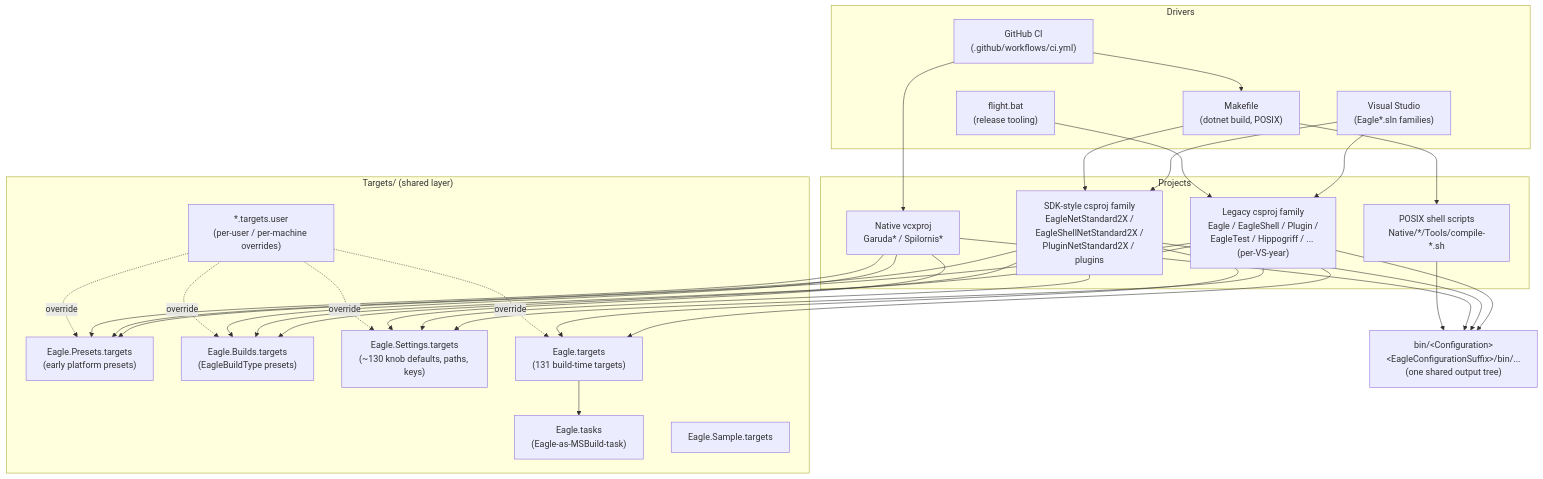
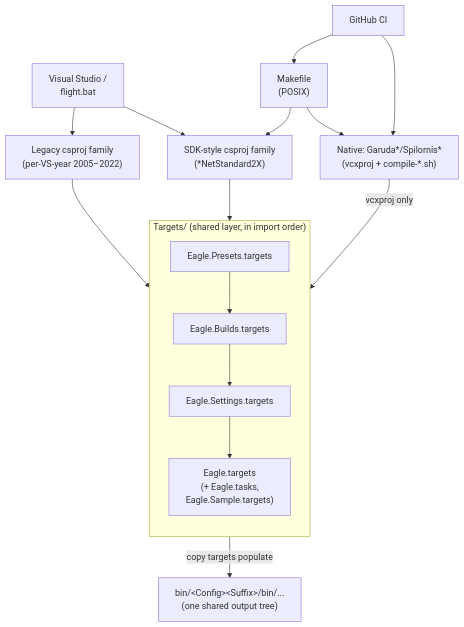
One commit to mistachkin/docs changed the first of 6 diagrams in msbuild.md. Above: the diagram before and after it, drawn with Mermaid. The commit also changed other lines of this file, not shown here.

Commit message:
Fixes to MSBuild information.

````diff
--- a/msbuild.md
+++ b/msbuild.md
@@ -37,45 +37,28 @@
 ```mermaid
 flowchart TD
-    subgraph Drivers
-        VS["Visual Studio<br/>(Eagle*.sln families)"]
-        MK["Makefile<br/>(dotnet build, POSIX)"]
-        CI["GitHub CI<br/>(.github/workflows/ci.yml)"]
-        FB["flight.bat<br/>(release tooling)"]
+    VS["Visual Studio /<br/>flight.bat"]
+    MK["Makefile<br/>(POSIX)"]
+    CI["GitHub CI"]
+
+    LEG["Legacy csproj family<br/>(per-VS-year 2005–2022)"]
+    SDK["SDK-style csproj family<br/>(*NetStandard2X)"]
+    NAT["Native: Garuda*/Spilornis*<br/>(vcxproj + compile-*.sh)"]
+
+    subgraph ST["Targets/ (shared layer, in import order)"]
+        direction TB
+        PRE["Eagle.Presets.targets"] --> BLD["Eagle.Builds.targets"]
+        BLD --> SET["Eagle.Settings.targets"]
+        SET --> TGT["Eagle.targets<br/>(+ Eagle.tasks,<br/>Eagle.Sample.targets)"]
     end
 
-    subgraph Projects
-        LEG["Legacy csproj family<br/>Eagle / EagleShell / Plugin /<br/>EagleTest / Hippogriff / ... (per-VS-year)"]
-        SDK["SDK-style csproj family<br/>EagleNetStandard2X /<br/>EagleShellNetStandard2X /<br/>PluginNetStandard2X / plugins"]
-        NAT["Native vcxproj<br/>Garuda* / Spilornis*"]
-        SH["POSIX shell scripts<br/>Native/*/Tools/compile-*.sh"]
-    end
+    OUT["bin/&lt;Config&gt;&lt;Suffix&gt;/bin/...<br/>(one shared output tree)"]
 
-    subgraph SharedTargets["Targets/ (shared layer)"]
-        PRE["Eagle.Presets.targets<br/>(early platform presets)"]
-        BLD["Eagle.Builds.targets<br/>(EagleBuildType presets)"]
-        SET["Eagle.Settings.targets<br/>(~130 knob defaults, paths, keys)"]
-        TGT["Eagle.targets<br/>(131 build-time targets)"]
-        TSK["Eagle.tasks<br/>(Eagle-as-MSBuild-task)"]
-        SMP["Eagle.Sample.targets"]
-        USR["*.targets.user<br/>(per-user / per-machine overrides)"]
-    end
-
-    OUT["bin/&lt;Configuration&gt;&lt;EagleConfigurationSuffix&gt;/bin/...<br/>(one shared output tree)"]
-
-    VS --> LEG
-    VS --> SDK
-    MK --> SDK
-    MK --> SH
+    VS --> LEG & SDK
     CI --> MK
+    MK --> SDK & NAT
     CI --> NAT
-    FB --> LEG
-    LEG --> PRE & BLD & SET & TGT
-    SDK --> PRE & BLD & SET & TGT
-    NAT --> PRE & BLD & SET
-    USR -.override.-> PRE & BLD & SET & TGT
-    TGT --> TSK
-    LEG --> OUT
-    SDK --> OUT
-    NAT --> OUT
-    SH --> OUT
+    LEG --> ST
+    SDK --> ST
+    NAT -->|vcxproj only| ST
+    ST -- "copy targets populate" --> OUT
 ```
````
